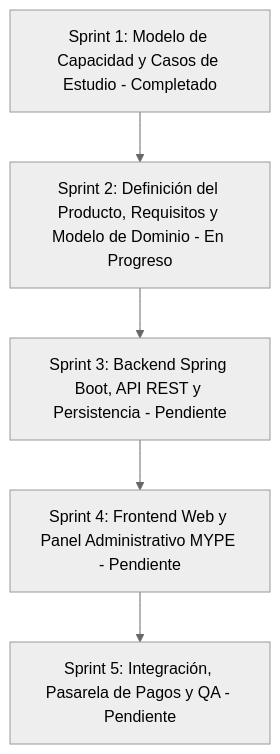
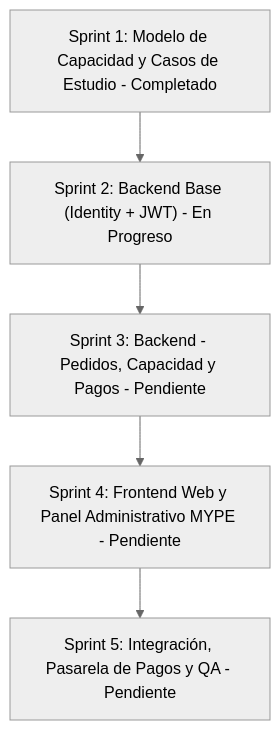
The second of 2 diagrams in README.md (iJosueeh/jaldishop), drawn with Mermaid (neutral theme) before and after one commit. The commit also changed other lines of this file and 10 other files, not shown here.

````diff
--- a/README.md
+++ b/README.md
@@ -109,10 +110,10 @@
 ```mermaid
 flowchart TD
     S1["Sprint 1: Modelo de Capacidad y Casos de Estudio - Completado"]
-    S2["Sprint 2: Definición del Producto, Requisitos y Modelo de Dominio - En Progreso"]
-    S3["Sprint 3: Backend Spring Boot, API REST y Persistencia - Pendiente"]
+    S2["Sprint 2: Backend Base (Identity + JWT) - En Progreso"]
+    S3["Sprint 3: Backend - Pedidos, Capacidad y Pagos - Pendiente"]
     S4["Sprint 4: Frontend Web y Panel Administrativo MYPE - Pendiente"]
     S5["Sprint 5: Integración, Pasarela de Pagos y QA - Pendiente"]
 
     S1 --> S2 --> S3 --> S4 --> S5
 ```
````
